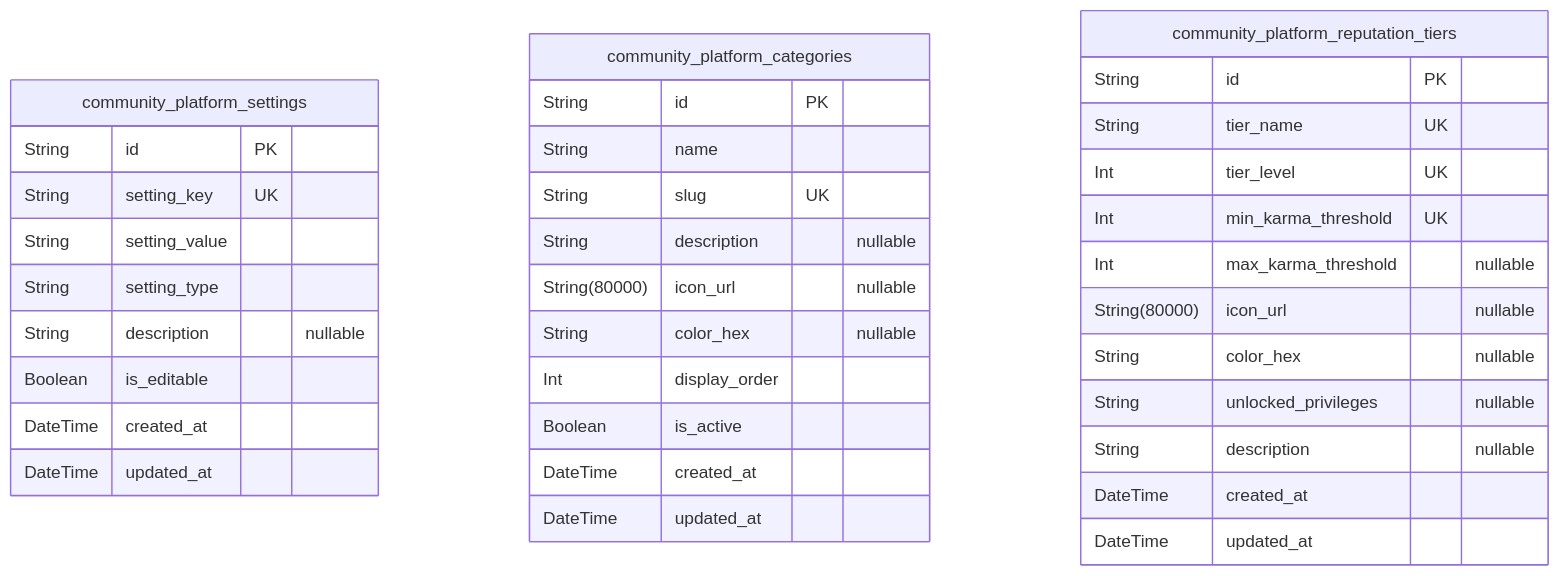
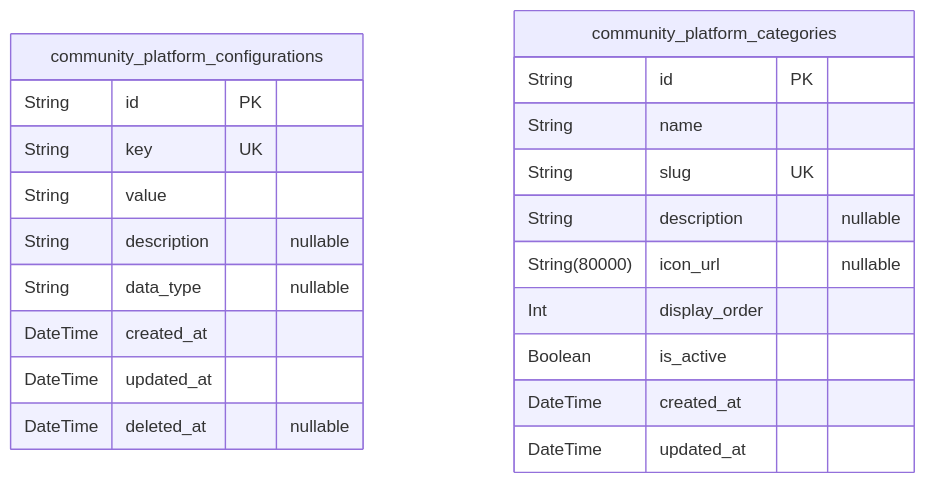
The first of 9 diagrams in anthropic/claude-haiku-4.5/reddit/docs/ERD.md (wrtnlabs/autobe-examples), drawn with Mermaid before and after one commit. The commit also changed other lines of this file and 22498 other files, not shown here.

````diff
--- a/anthropic/claude-haiku-4.5/reddit/docs/ERD.md
+++ b/anthropic/claude-haiku-4.5/reddit/docs/ERD.md
@@ -17,38 +17,24 @@
 ```mermaid
 erDiagram
-"community_platform_settings" {
+"community_platform_configurations" {
   String id PK
-  String setting_key UK
-  String setting_value
-  String setting_type
+  String key UK
+  String value
   String description "nullable"
-  Boolean is_editable
+  String data_type "nullable"
   DateTime created_at
   DateTime updated_at
+  DateTime deleted_at "nullable"
 }
 "community_platform_categories" {
   String id PK
   String name
   String slug UK
   String description "nullable"
   String(80000) icon_url "nullable"
-  String color_hex "nullable"
   Int display_order
   Boolean is_active
   DateTime created_at
   DateTime updated_at
 }
-"community_platform_reputation_tiers" {
-  String id PK
-  String tier_name UK
-  Int tier_level UK
-  Int min_karma_threshold UK
-  Int max_karma_threshold "nullable"
-  String(80000) icon_url "nullable"
-  String color_hex "nullable"
-  String unlocked_privileges "nullable"
-  String description "nullable"
-  DateTime created_at
-  DateTime updated_at
-}
 ```
````
